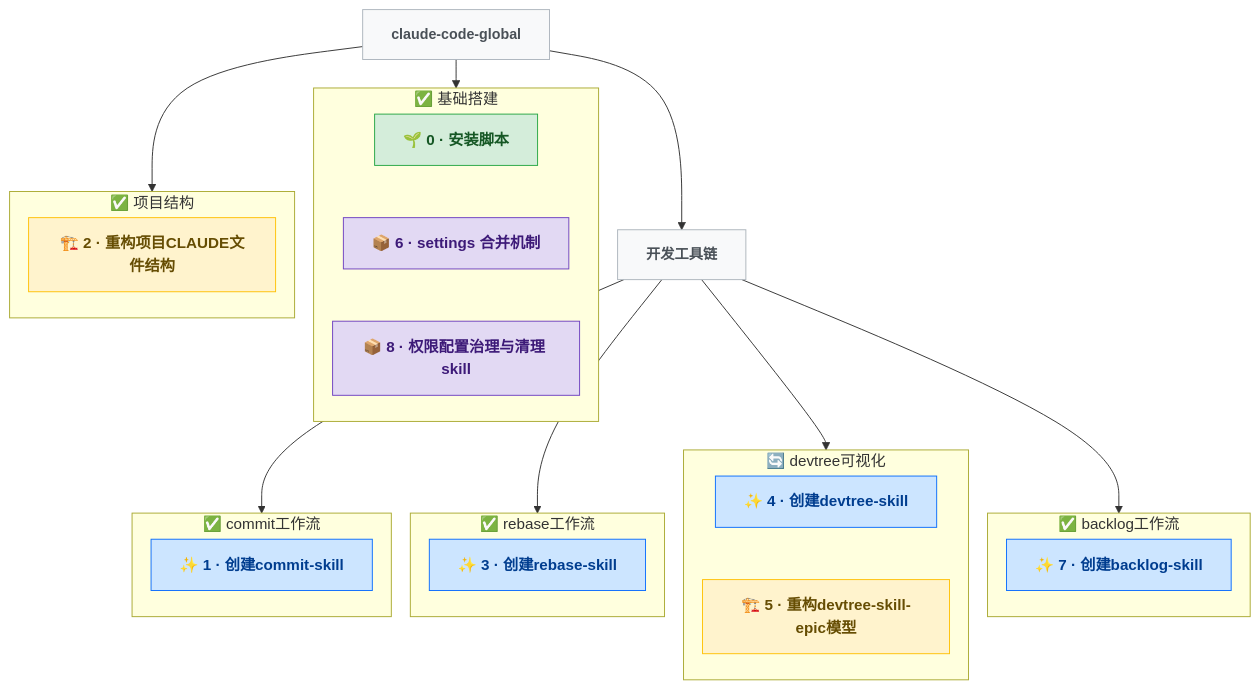
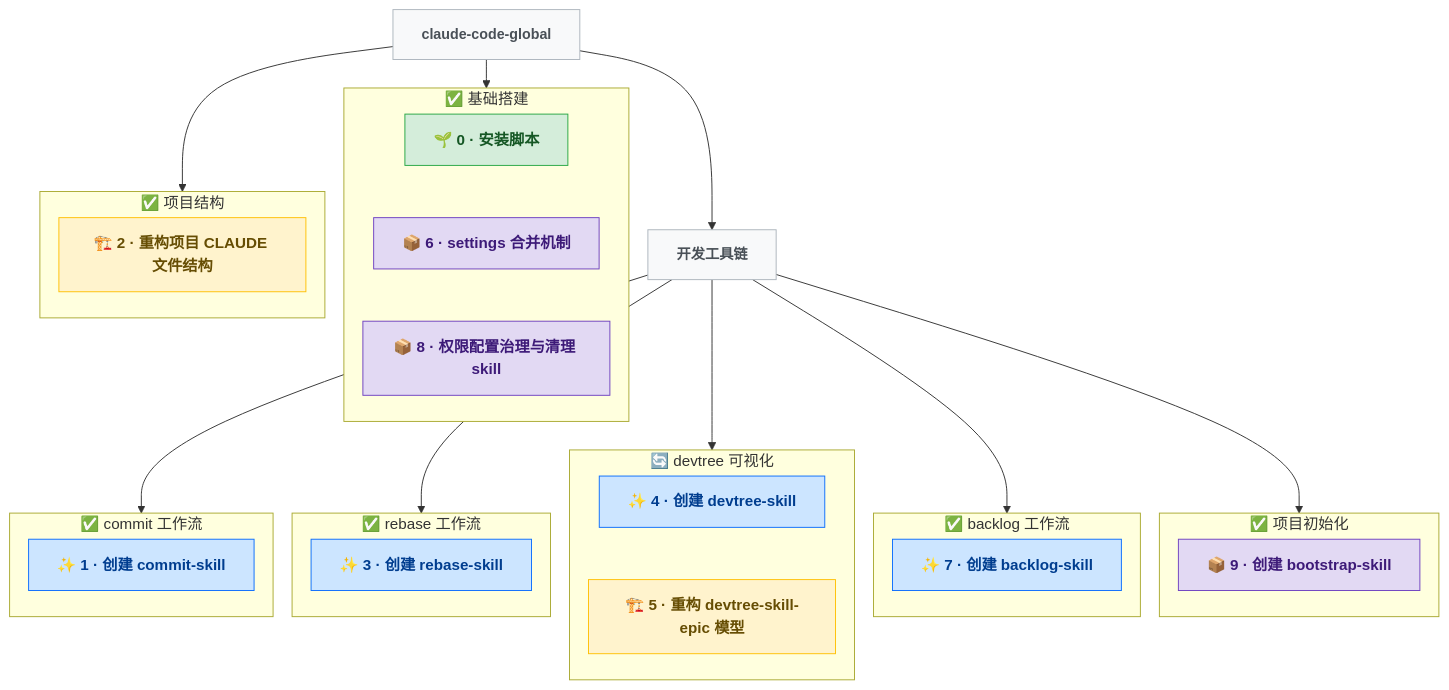
One commit to pkulijing/claude-code-global changed the diagram in docs/DEVTREE.md. Above: the diagram before and after it, drawn with Mermaid. The commit also changed other lines of this file and 6 other files, not shown here.

First line of the commit message:
feat(9): 新增 /bootstrap skill 处理空项目初始化

````diff
--- a/docs/DEVTREE.md
+++ b/docs/DEVTREE.md
@@ -18,55 +18,62 @@
 ```mermaid
 %%{init: {'flowchart': {'rankSpacing': 30, 'nodeSpacing': 20}}}%%
 graph TD
   classDef genesis  fill:#d4edda,stroke:#28a745,color:#155724,font-weight:bold
   classDef feature  fill:#cce5ff,stroke:#0d6efd,color:#003d8f,font-weight:bold
   classDef bugfix   fill:#f8d7da,stroke:#dc3545,color:#721c24,font-weight:bold
   classDef refactor fill:#fff3cd,stroke:#ffc107,color:#664d03,font-weight:bold
   classDef infra    fill:#e2d9f3,stroke:#6f42c1,color:#3d1a78,font-weight:bold
   classDef research fill:#e2e3e5,stroke:#6c757d,color:#383d41,font-weight:bold
   classDef epic     fill:#f8f9fa,stroke:#adb5bd,color:#495057,font-weight:bold,font-size:15px
 
   ROOT["claude-code-global"]:::epic
   ROOT --> e_base
   ROOT --> e_struct
   ROOT --> toolchain["开发工具链"]:::epic
   toolchain --> e_commit
   toolchain --> e_rebase
   toolchain --> e_devtree
   toolchain --> e_backlog
+  toolchain --> e_bootstrap
 
   subgraph e_base["✅ 基础搭建"]
     direction TB
     N0["🌱 0 · 安装脚本"]:::genesis
     N6["📦 6 · settings 合并机制"]:::infra
     N8["📦 8 · 权限配置治理与清理 skill"]:::infra
-    N0 ~~~ N6 ~~~ N8
+    N0 ~~~ N6
+    N6 ~~~ N8
   end
 
   subgraph e_struct["✅ 项目结构"]
     direction TB
-    N2["🏗️ 2 · 重构项目CLAUDE文件结构"]:::refactor
+    N2["🏗️ 2 · 重构项目 CLAUDE 文件结构"]:::refactor
   end
 
-  subgraph e_commit["✅ commit工作流"]
+  subgraph e_commit["✅ commit 工作流"]
     direction TB
-    N1["✨ 1 · 创建commit-skill"]:::feature
+    N1["✨ 1 · 创建 commit-skill"]:::feature
   end
 
-  subgraph e_rebase["✅ rebase工作流"]
+  subgraph e_rebase["✅ rebase 工作流"]
     direction TB
-    N3["✨ 3 · 创建rebase-skill"]:::feature
+    N3["✨ 3 · 创建 rebase-skill"]:::feature
   end
 
-  subgraph e_devtree["🔄 devtree可视化"]
+  subgraph e_devtree["🔄 devtree 可视化"]
     direction TB
-    N4["✨ 4 · 创建devtree-skill"]:::feature
-    N5["🏗️ 5 · 重构devtree-skill-epic模型"]:::refactor
+    N4["✨ 4 · 创建 devtree-skill"]:::feature
+    N5["🏗️ 5 · 重构 devtree-skill-epic 模型"]:::refactor
     N4 ~~~ N5
   end
 
-  subgraph e_backlog["✅ backlog工作流"]
+  subgraph e_backlog["✅ backlog 工作流"]
     direction TB
-    N7["✨ 7 · 创建backlog-skill"]:::feature
+    N7["✨ 7 · 创建 backlog-skill"]:::feature
+  end
+
+  subgraph e_bootstrap["✅ 项目初始化"]
+    direction TB
+    N9["📦 9 · 创建 bootstrap-skill"]:::infra
   end
 ```
````
